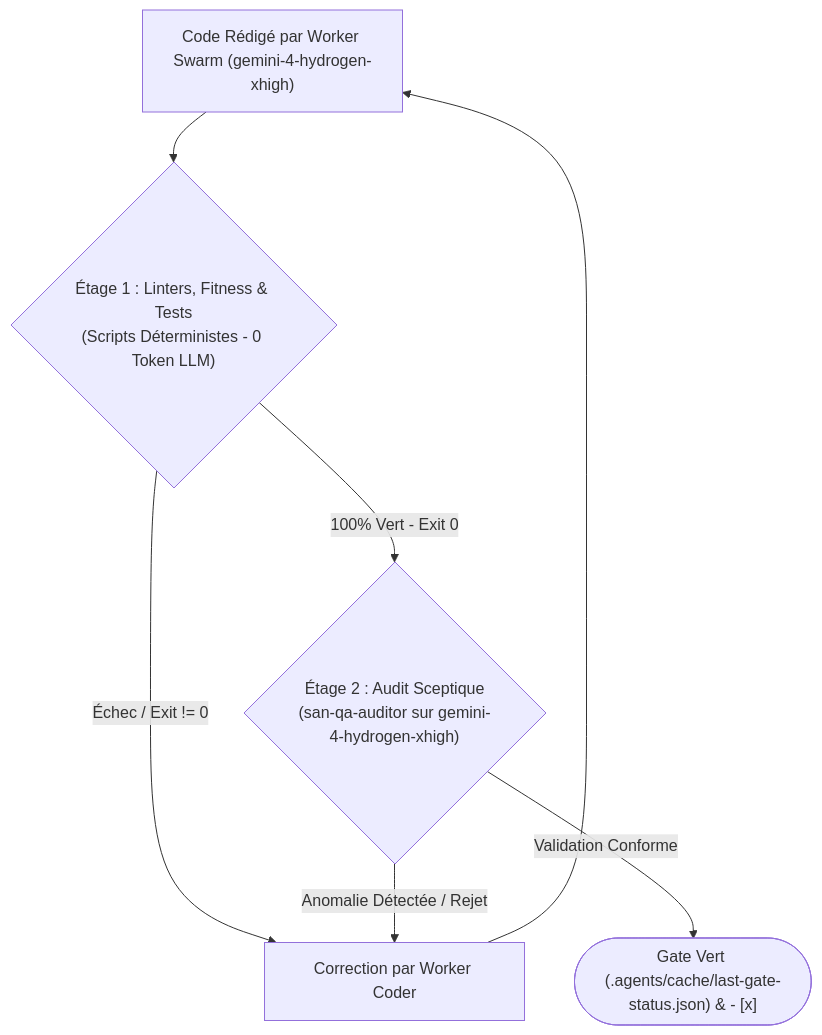
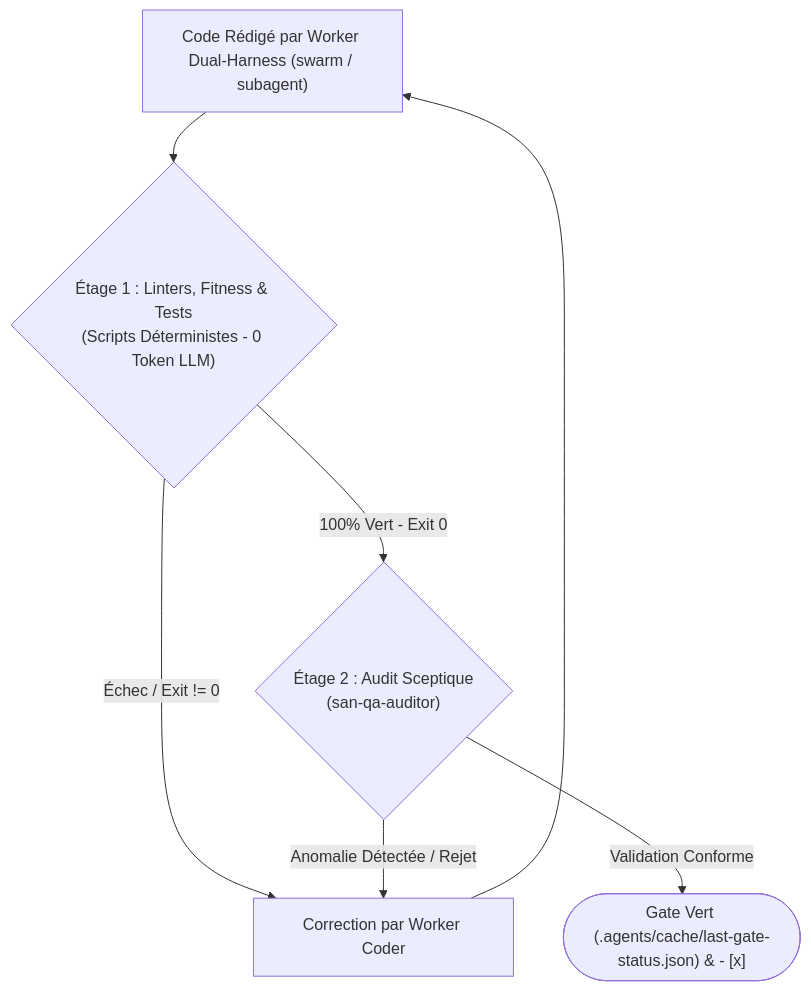
Before and after one commit to alexsan-dev/san_agy_framework: the diagram in src/skills/san_init/templates/rules/PROJECT_TEMPLATE.md, drawn with Mermaid. The commit also changed other lines of this file and 69 other files, not shown here.

Commit message:
release(v2.2.0): dual-harness Antigravity + OpenCode V2, models CLI, san_transcriber & cognitive unshackling

````diff
--- a/src/skills/san_init/templates/rules/PROJECT_TEMPLATE.md
+++ b/src/skills/san_init/templates/rules/PROJECT_TEMPLATE.md
@@ -94,9 +74,9 @@
 ```mermaid
 flowchart TD
-    CodeWritten["Code Rédigé par Worker Swarm (gemini-4-hydrogen-xhigh)"] --> Funnel1{"Étage 1 : Linters, Fitness & Tests\n(Scripts Déterministes - 0 Token LLM)"}
+    CodeWritten["Code Rédigé par Worker Dual-Harness (swarm / subagent)"] --> Funnel1{"Étage 1 : Linters, Fitness & Tests\n(Scripts Déterministes - 0 Token LLM)"}
     Funnel1 -->|Échec / Exit != 0| FixCode["Correction par Worker Coder"]
     FixCode --> CodeWritten
-    Funnel1 -->|100% Vert - Exit 0| Funnel2{"Étage 2 : Audit Sceptique\n(san-qa-auditor sur gemini-4-hydrogen-xhigh)"}
+    Funnel1 -->|100% Vert - Exit 0| Funnel2{"Étage 2 : Audit Sceptique\n(san-qa-auditor)"}
     Funnel2 -->|Anomalie Détectée / Rejet| FixCode
     Funnel2 -->|Validation Conforme| Done(["Gate Vert (.agents/cache/last-gate-status.json) & - [x]"])
 ```
````
